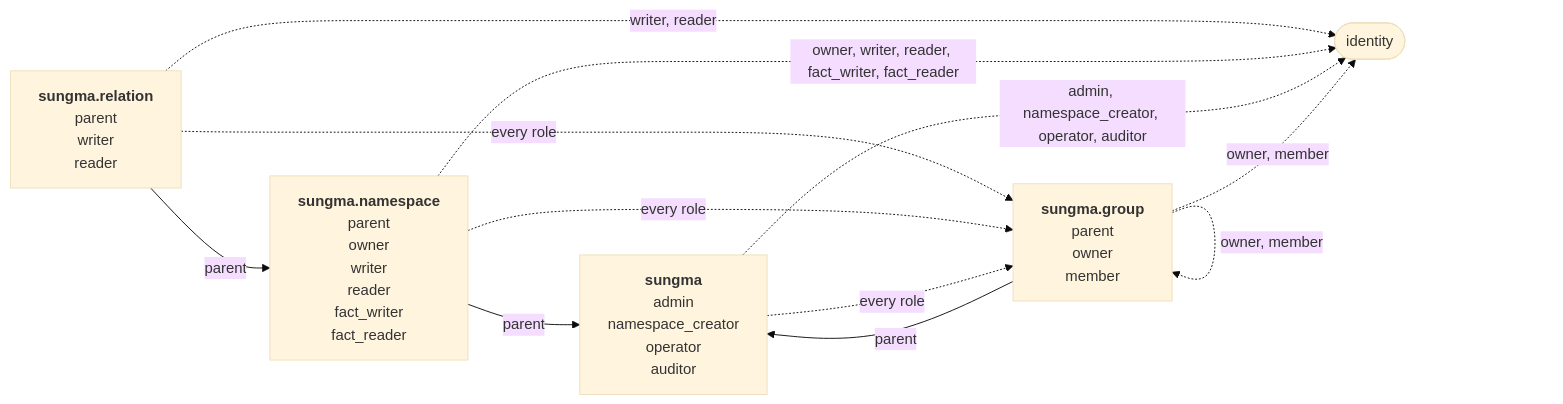
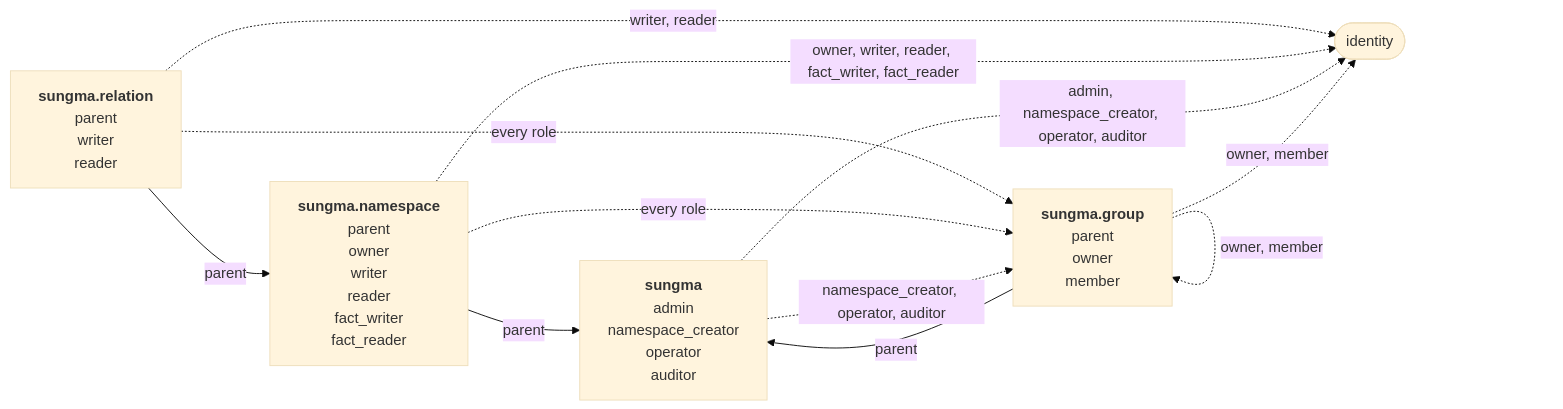
One commit to marklauter/Sungma changed the diagram in docs/specs/sungma-authorization.md. Above: the diagram before and after it, drawn with Mermaid (base theme). The commit also changed other lines of this file and 2 other files, not shown here.

Commit message:
Fix review findings in the authorization and namespace documents specs

````diff
--- a/docs/specs/sungma-authorization.md
+++ b/docs/specs/sungma-authorization.md
@@ -70,19 +70,19 @@
 ```mermaid
 flowchart LR
   relation["<b>sungma.relation</b><br/>parent<br/>writer<br/>reader"]
   namespace["<b>sungma.namespace</b><br/>parent<br/>owner<br/>writer<br/>reader<br/>fact_writer<br/>fact_reader"]
   sungma["<b>sungma</b><br/>admin<br/>namespace_creator<br/>operator<br/>auditor"]
   group["<b>sungma.group</b><br/>parent<br/>owner<br/>member"]
   identity(["identity"])
   relation -- parent --> namespace
   namespace -- parent --> sungma
   group -- parent --> sungma
   relation -. "writer, reader" .-> identity
   namespace -. "owner, writer, reader, fact_writer, fact_reader" .-> identity
   sungma -. "admin, namespace_creator, operator, auditor" .-> identity
   group -. "owner, member" .-> identity
   relation -. "every role" .-> group
   namespace -. "every role" .-> group
-  sungma -. "every role" .-> group
+  sungma -. "namespace_creator, operator, auditor" .-> group
   group -. "owner, member" .-> group
 ```
````
